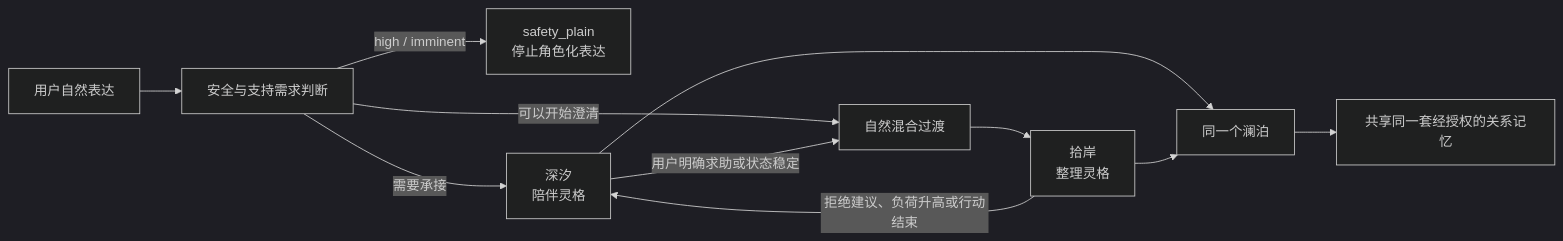
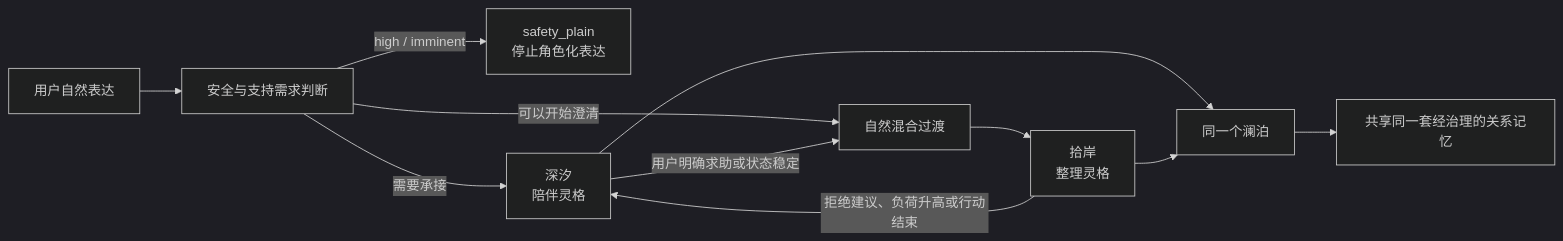
The first of 2 diagrams in docs/spirit-otter-character-system-v2.md (Mildoko/spirit-otter-mvp), drawn with Mermaid (dark theme) before and after one commit. The commit also changed other lines of this file and 84 other files, not shown here.

````diff
--- a/docs/spirit-otter-character-system-v2.md
+++ b/docs/spirit-otter-character-system-v2.md
@@ -99,13 +99,13 @@
 ```mermaid
 flowchart LR
     U["用户自然表达"] --> S["安全与支持需求判断"]
     S -->|"high / imminent"| P["safety_plain<br/>停止角色化表达"]
     S -->|"需要承接"| D["深汐<br/>陪伴灵格"]
     S -->|"可以开始澄清"| B["自然混合过渡"]
     B --> O["拾岸<br/>整理灵格"]
     D -->|"用户明确求助或状态稳定"| B
     O -->|"拒绝建议、负荷升高或行动结束"| D
     D --> C["同一个澜泊"]
     O --> C
-    C --> M["共享同一套经授权的关系记忆"]
+    C --> M["共享同一套经治理的关系记忆"]
 ```
````
